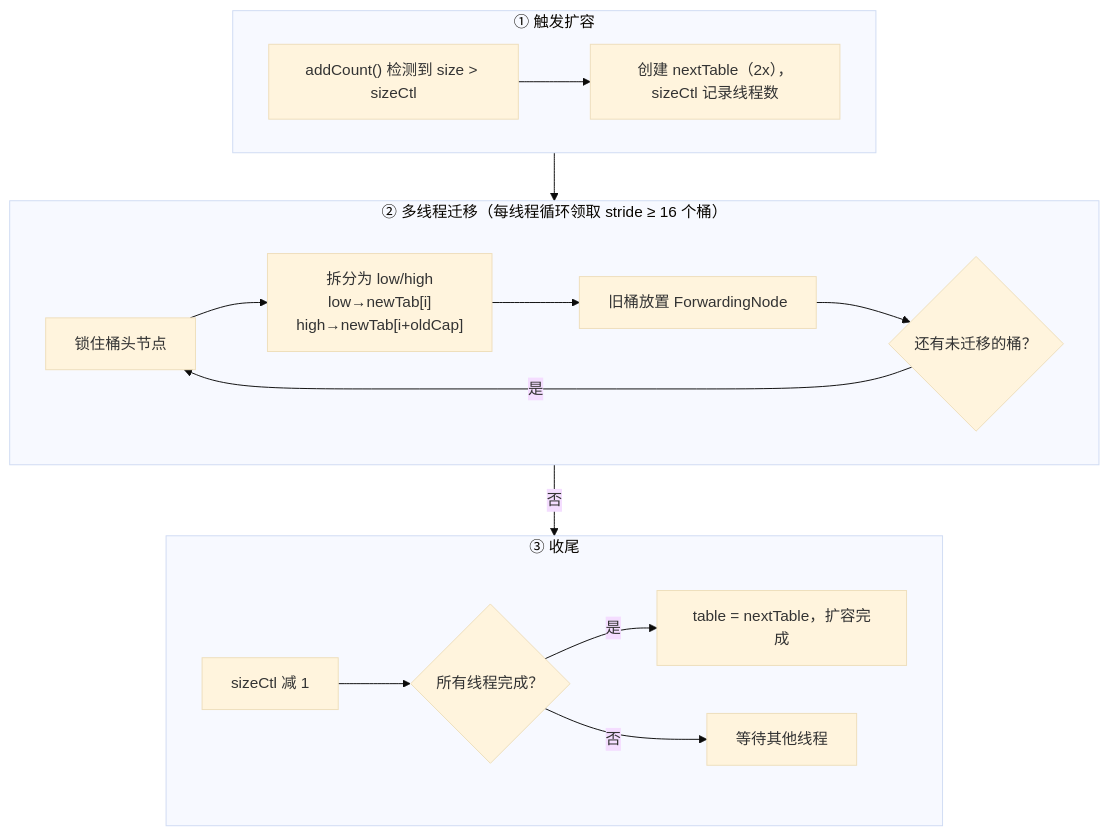
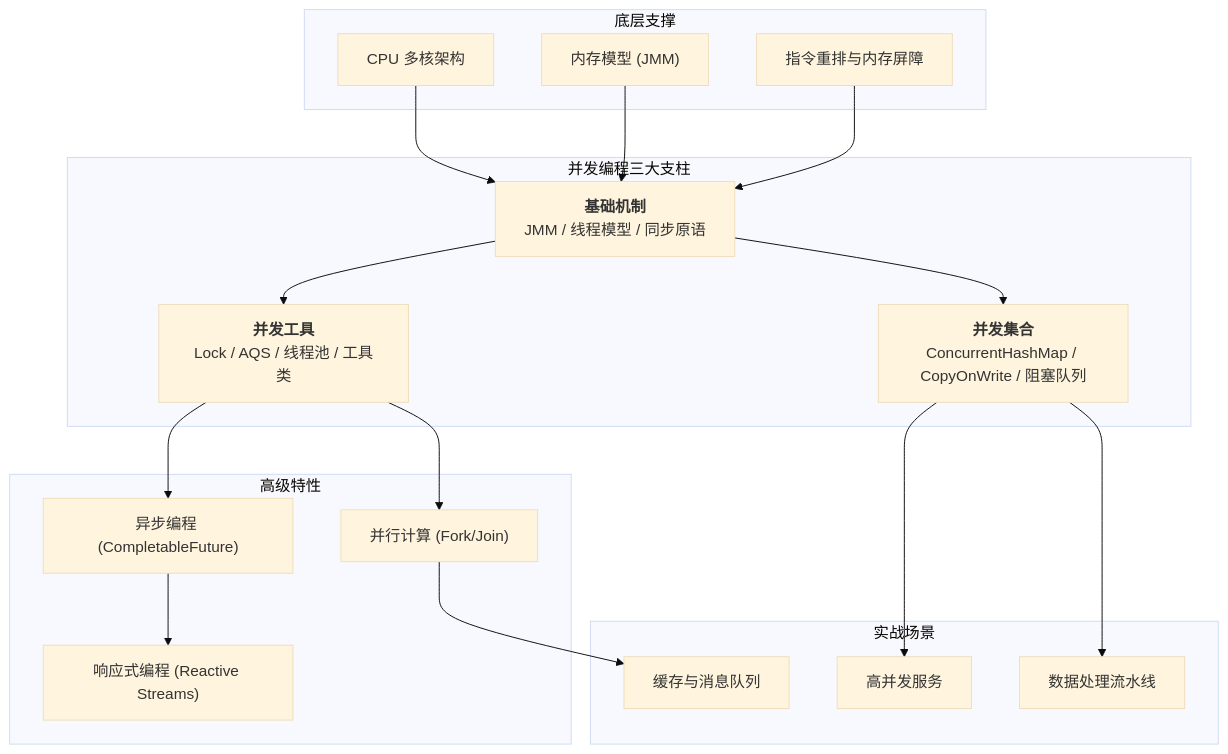
The second of 3 diagrams in docs/01-java-basic/03-并发编程.md (b1tzer/b1tzer.github.io), drawn with Mermaid (base theme) before and after one commit. The commit also changed other lines of this file and 10 other files, not shown here.

Commit message:
docs: 精简并发编程文档并新增发展历程与全景图

````diff
--- a/docs/01-java-basic/03-并发编程.md
+++ b/docs/01-java-basic/03-并发编程.md
@@ -1030,25 +44,38 @@
 ```mermaid
-flowchart TD
-    subgraph 触发["① 触发扩容"]
-        direction LR
-        A["addCount() 检测到 size > sizeCtl"] --> B["创建 nextTable（2x），sizeCtl 记录线程数"]
+flowchart TB
+    subgraph "并发编程三大支柱"
+        A["<b>基础机制</b><br>JMM / 线程模型 / 同步原语"]
+        B["<b>并发工具</b><br>Lock / AQS / 线程池 / 工具类"]
+        C["<b>并发集合</b><br>ConcurrentHashMap / CopyOnWrite / 阻塞队列"]
     end
-
-    subgraph 迁移["② 多线程迁移（每线程循环领取 stride ≥ 16 个桶）"]
-        direction LR
-        C["锁住桶头节点"] --> D["拆分为 low/high\nlow→newTab[i]\nhigh→newTab[i+oldCap]"]
-        D --> E["旧桶放置 ForwardingNode"]
-        E --> F{"还有未迁移的桶？"}
-        F -->|"是"| C
+    
+    subgraph "底层支撑"
+        D["CPU 多核架构"]
+        E["内存模型 (JMM)"]
+        F["指令重排与内存屏障"]
     end
-
-    subgraph 完成["③ 收尾"]
-        direction LR
-        G["sizeCtl 减 1"] --> H{"所有线程完成？"}
-        H -->|"是"| I["table = nextTable，扩容完成"]
-        H -->|"否"| J["等待其他线程"]
+    
+    subgraph "高级特性"
+        G["异步编程 (CompletableFuture)"]
+        H["并行计算 (Fork/Join)"]
+        I["响应式编程 (Reactive Streams)"]
     end
-
-    触发 --> 迁移
-    F -->|"否"| 完成
+    
+    subgraph "实战场景"
+        J["高并发服务"]
+        K["数据处理流水线"]
+        L["缓存与消息队列"]
+    end
+    
+    D --> A
+    E --> A
+    F --> A
+    A --> B
+    A --> C
+    B --> G
+    B --> H
+    C --> J
+    C --> K
+    G --> I
+    H --> L
 ```
````
